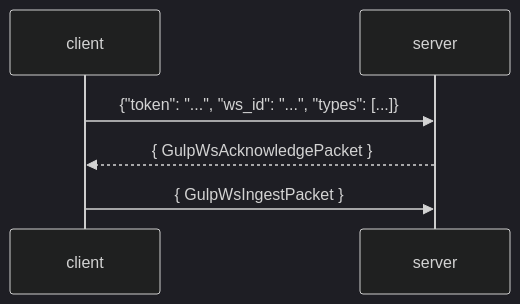
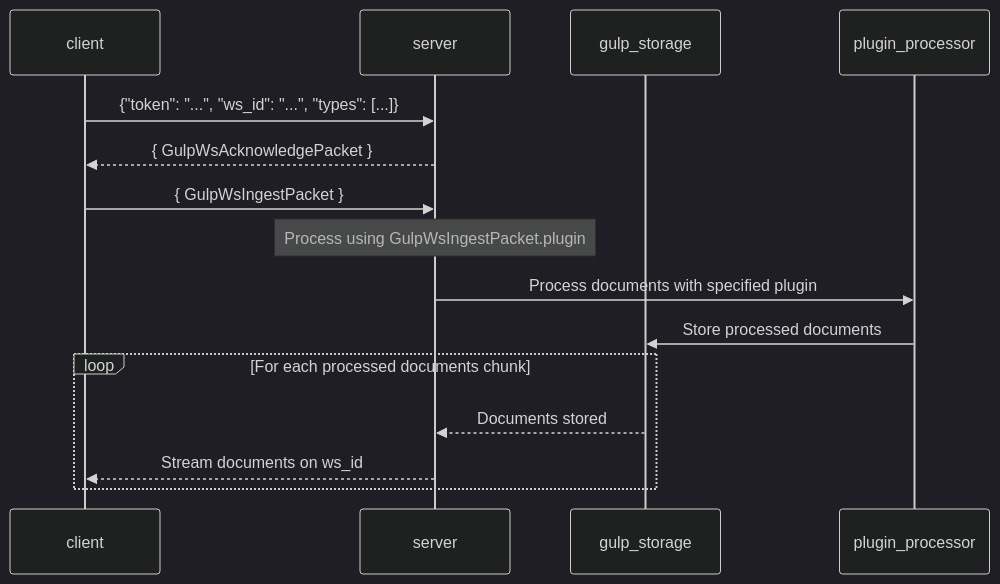
Before and after one commit to mentat-is/gulp: the sixth of 7 diagrams in docs/Architecture.md, drawn with Mermaid (dark theme). The commit also changed other lines of this file, not shown here.

Commit message:
better ws_ingest_raw docs

````diff
--- a/docs/Architecture.md
+++ b/docs/Architecture.md
@@ -162,6 +180,21 @@
 ```mermaid
 sequenceDiagram
-client->>server: {"token": "...", "ws_id": "...", "types": [...]}
-server-->>client: { GulpWsAcknowledgePacket }
-client->>server: { GulpWsIngestPacket }
+    participant client
+    participant server
+    participant gulp_storage
+    participant plugin_processor
+
+    client->>server: {"token": "...", "ws_id": "...", "types": [...]}
+    server-->>client: { GulpWsAcknowledgePacket }
+    
+    client->>server: { GulpWsIngestPacket }
+    
+    Note over server: Process using GulpWsIngestPacket.plugin
+    server->>plugin_processor: Process documents with specified plugin
+    plugin_processor->>gulp_storage: Store processed documents
+    
+    loop For each processed documents chunk
+        gulp_storage-->>server: Documents stored
+        server-->>client: Stream documents on ws_id
+    end
 ```
````
